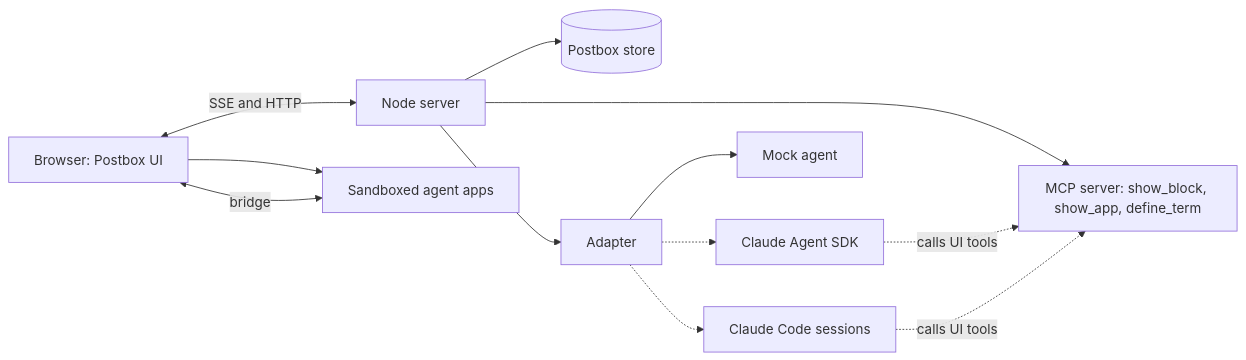
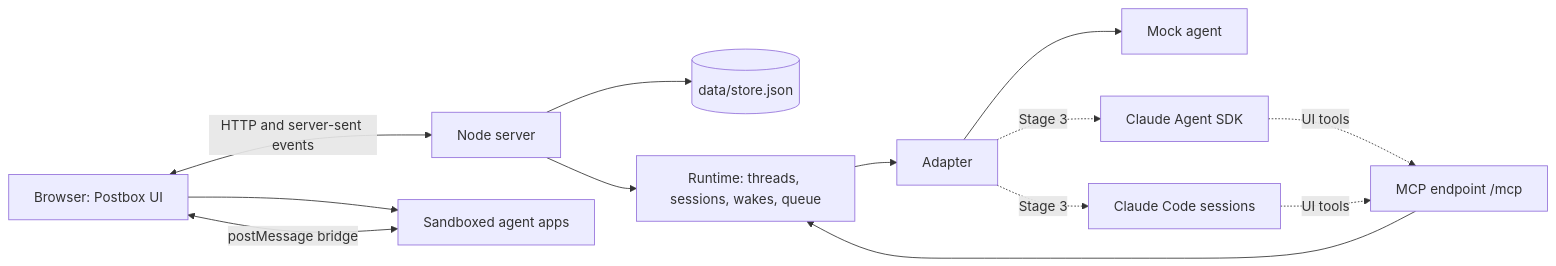
The diagram in README.md (HJeon139/postbox), drawn with Mermaid before and after one commit. The commit also changed other lines of this file and 151 other files, not shown here.

First line of the commit message:
Build Stage 2: the working app with a mock agent

````diff
--- a/README.md
+++ b/README.md
@@ -40,14 +44,15 @@
 ```mermaid
 flowchart LR
-  B[Browser: Postbox UI] <-->|SSE and HTTP| S[Node server]
-  S --> ST[(Postbox store)]
-  S --> MCP[MCP server: show_block, show_app, define_term]
-  S --> AD[Adapter]
+  B[Browser: Postbox UI] <-->|HTTP and server-sent events| S[Node server]
+  S --> ST[(data/store.json)]
+  S --> RT[Runtime: threads, sessions, wakes, queue]
+  RT --> AD[Adapter]
   AD --> MOCK[Mock agent]
-  AD -.-> SDK[Claude Agent SDK]
-  AD -.-> CC[Claude Code sessions]
-  SDK -.->|calls UI tools| MCP
-  CC -.->|calls UI tools| MCP
+  AD -.->|Stage 3| SDK[Claude Agent SDK]
+  AD -.->|Stage 3| CC[Claude Code sessions]
+  SDK -.->|UI tools| MCP[MCP endpoint /mcp]
+  CC -.->|UI tools| MCP
+  MCP --> RT
   B --> SB[Sandboxed agent apps]
-  SB <-->|bridge| B
+  SB <-->|postMessage bridge| B
 ```
````
